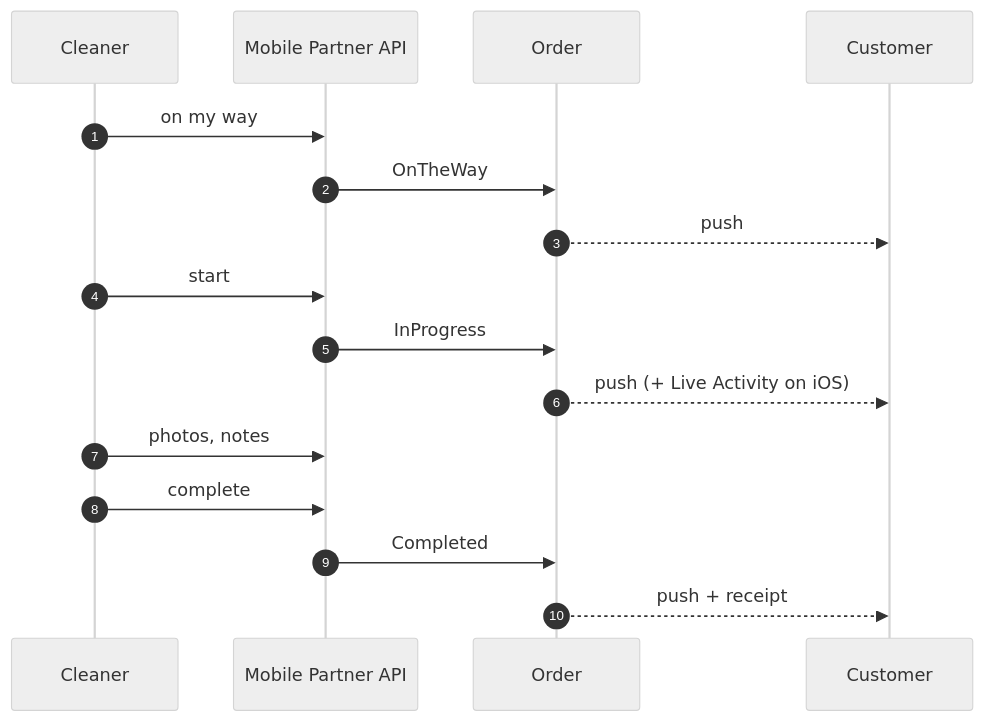
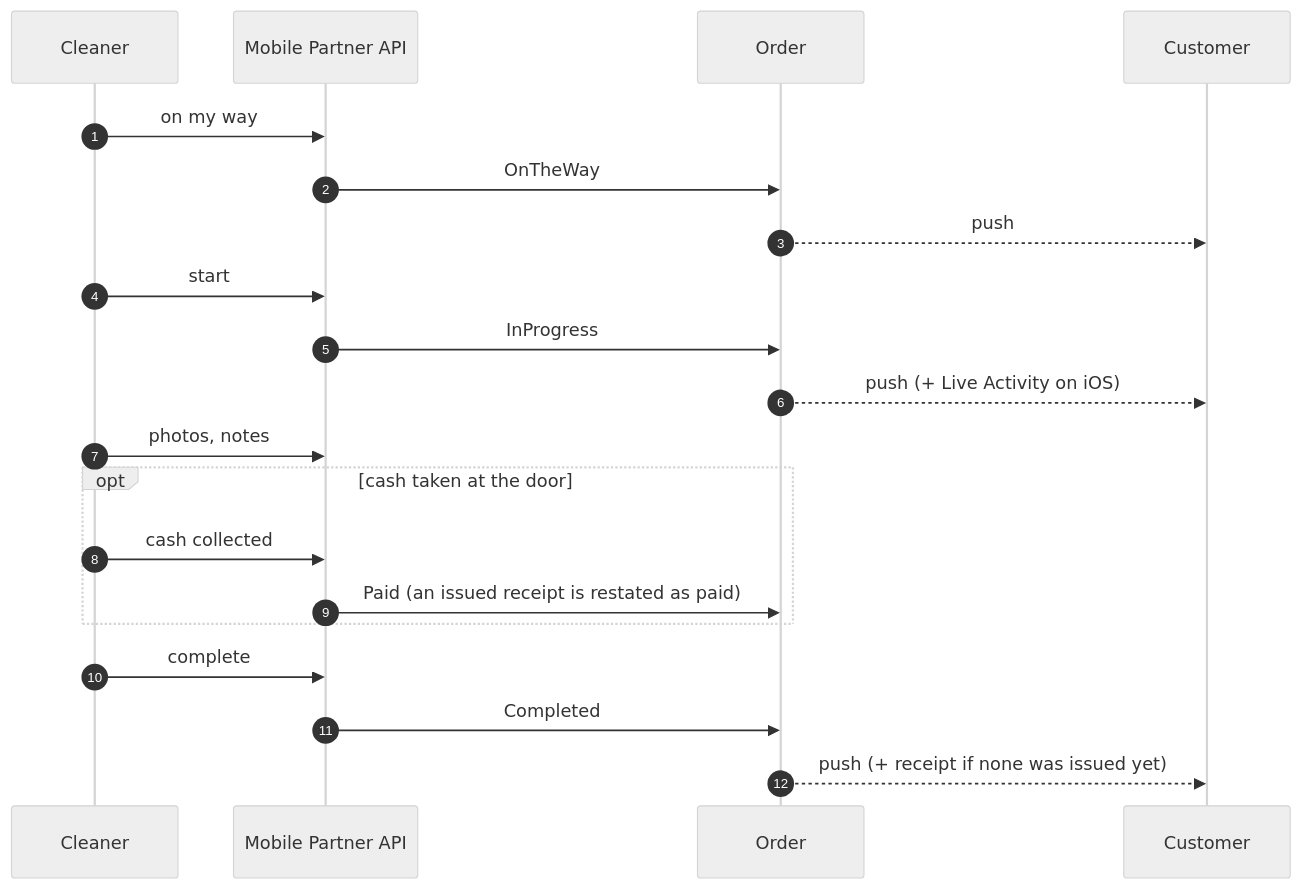
One commit to VM-s-Solutions/cleansia changed the diagram in docs/flows/execution-and-completion.md. Above: the diagram before and after it, drawn with Mermaid (neutral theme). The commit also changed other lines of this file and 27 other files, not shown here.

````diff
--- a/docs/flows/execution-and-completion.md
+++ b/docs/flows/execution-and-completion.md
@@ -7,19 +7,23 @@
 ```mermaid
 sequenceDiagram
   autonumber
   participant C as Cleaner
   participant API as Mobile Partner API
   participant O as Order
   participant N as Customer
 
   C->>API: on my way
   API->>O: OnTheWay
   O-->>N: push
   C->>API: start
   API->>O: InProgress
   O-->>N: push (+ Live Activity on iOS)
   C->>API: photos, notes
+  opt cash taken at the door
+    C->>API: cash collected
+    API->>O: Paid (an issued receipt is restated as paid)
+  end
   C->>API: complete
   API->>O: Completed
-  O-->>N: push + receipt
+  O-->>N: push (+ receipt if none was issued yet)
 ```
````
